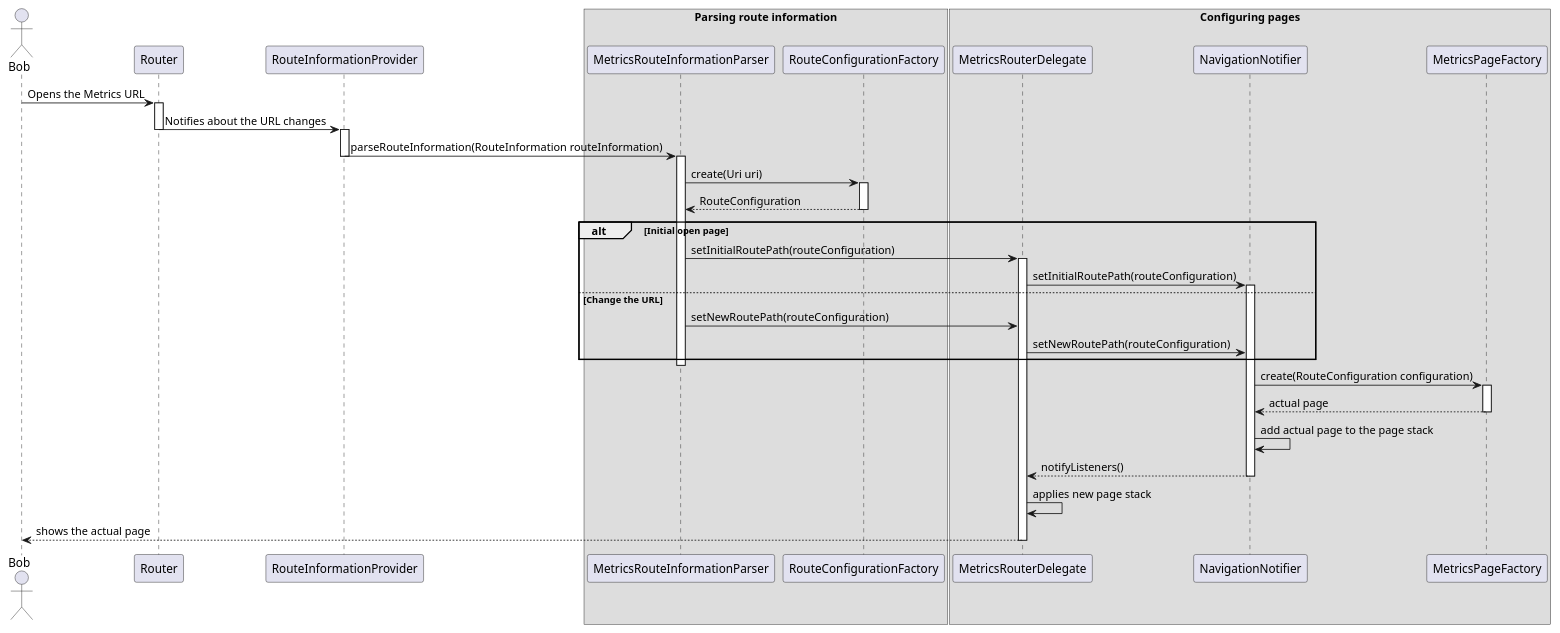
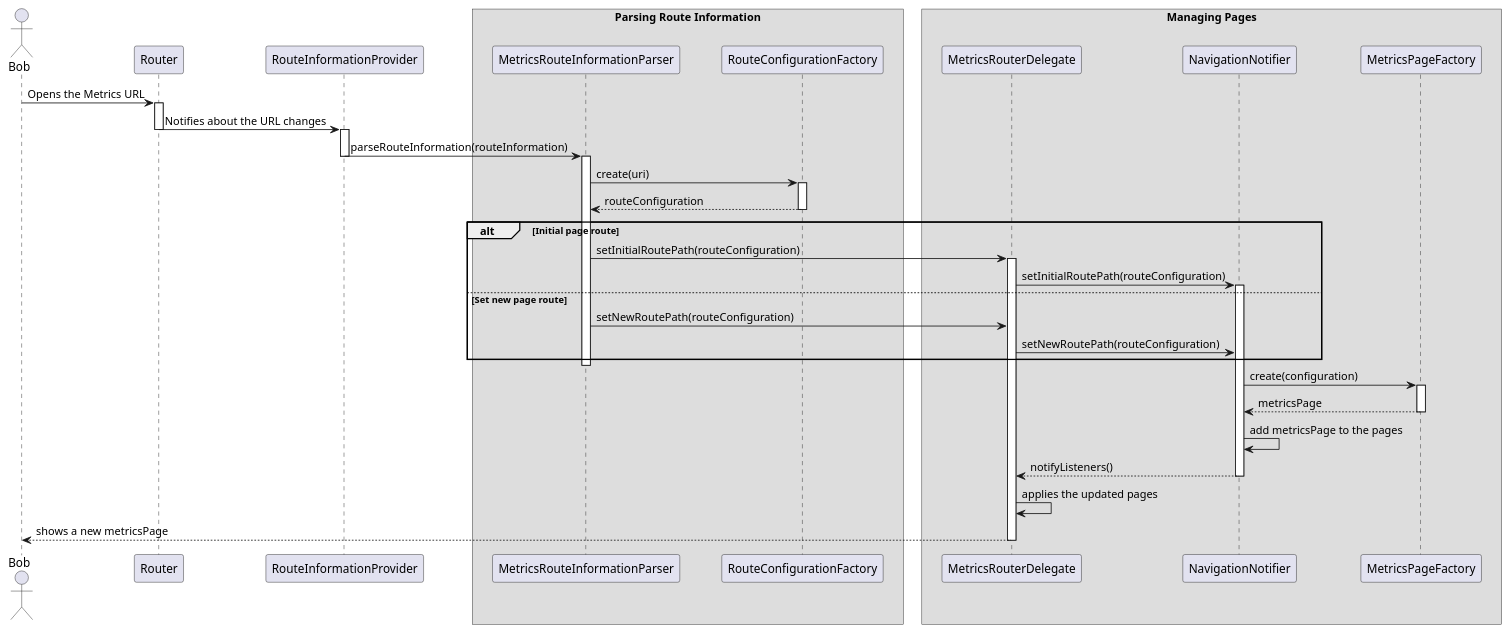
The diagram in metrics/web/docs/features/navigation/diagrams/external_navigation_sequence_diagram.puml (Flank/flank-dashboard), drawn with PlantUML before and after one commit. The commit also changed 3 other files, not shown here.

```diff
--- a/metrics/web/docs/features/navigation/diagrams/external_navigation_sequence_diagram.puml
+++ b/metrics/web/docs/features/navigation/diagrams/external_navigation_sequence_diagram.puml
@@ -1,63 +1,65 @@
 @startuml external_navigation_sequence_diagram.puml
+skinparam ParticipantPadding 20
+skinparam BoxPadding 10
 
 actor Bob
 
 participant Router
 participant RouteInformationProvider
 
-box Parsing route information
+box Parsing Route Information
 participant MetricsRouteInformationParser
 participant RouteConfigurationFactory
 endbox
 
-box Configuring pages
+box Managing Pages
 participant MetricsRouterDelegate
 participant NavigationNotifier
 participant MetricsPageFactory
 endbox
 
 Bob -> Router : Opens the Metrics URL
 activate Router
 
 Router -> RouteInformationProvider : Notifies about the URL changes
 deactivate Router
 activate RouteInformationProvider
 
-RouteInformationProvider -> MetricsRouteInformationParser : parseRouteInformation(RouteInformation routeInformation)
+RouteInformationProvider -> MetricsRouteInformationParser : parseRouteInformation(routeInformation)
 deactivate RouteInformationProvider
 activate MetricsRouteInformationParser
 
-MetricsRouteInformationParser -> RouteConfigurationFactory : create(Uri uri)
+MetricsRouteInformationParser -> RouteConfigurationFactory : create(uri)
 activate RouteConfigurationFactory
 
-return RouteConfiguration
+return routeConfiguration
 
-alt Initial open page
+alt Initial page route
     MetricsRouteInformationParser -> MetricsRouterDelegate : setInitialRoutePath(routeConfiguration)
     activate MetricsRouterDelegate
 
     MetricsRouterDelegate -> NavigationNotifier : setInitialRoutePath(routeConfiguration)
     activate NavigationNotifier
-else Change the URL
+else Set new page route
     MetricsRouteInformationParser -> MetricsRouterDelegate : setNewRoutePath(routeConfiguration)
 
     MetricsRouterDelegate -> NavigationNotifier : setNewRoutePath(routeConfiguration)
 end
 deactivate MetricsRouteInformationParser
 
-NavigationNotifier -> MetricsPageFactory : create(RouteConfiguration configuration)
+NavigationNotifier -> MetricsPageFactory : create(configuration)
 activate MetricsPageFactory
 
-return actual page
+return metricsPage
 
-NavigationNotifier -> NavigationNotifier : add actual page to the page stack
+NavigationNotifier -> NavigationNotifier : add metricsPage to the pages
 
 NavigationNotifier --> MetricsRouterDelegate: notifyListeners()
 deactivate NavigationNotifier
 
-MetricsRouterDelegate -> MetricsRouterDelegate: applies new page stack
+MetricsRouterDelegate -> MetricsRouterDelegate: applies the updated pages
 
-MetricsRouterDelegate --> Bob : shows the actual page
+MetricsRouterDelegate --> Bob : shows a new metricsPage
 deactivate MetricsRouterDelegate
 
 @enduml
```
